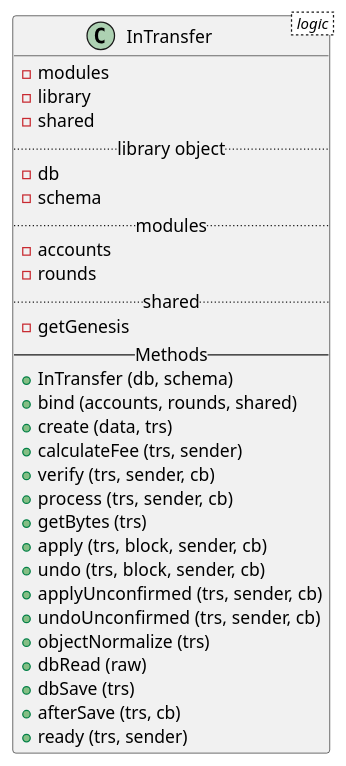
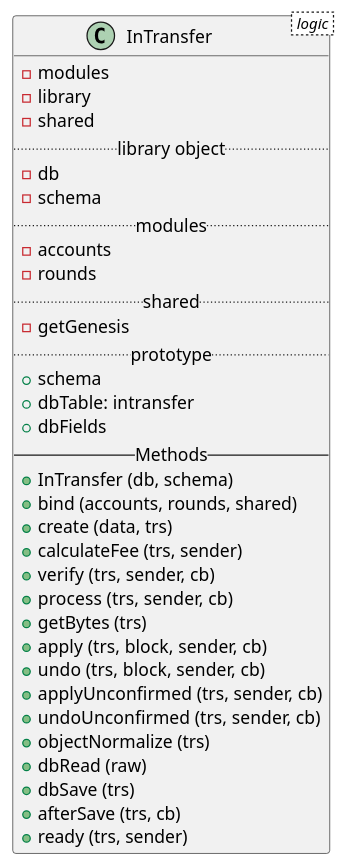
Before and after one commit to LucasIsasmendi/lisk-core-plantuml: the diagram in class/classes/logic/inTransfer.puml, drawn with PlantUML. The commit also changed 14 other files, not shown here.

```diff
--- a/class/classes/logic/inTransfer.puml
+++ b/class/classes/logic/inTransfer.puml
@@ -1,32 +1,36 @@
 @startuml
 class InTransfer < logic > {
   - modules
   - library
   - shared
   .. library object ..
   - db
   - schema
   .. modules ..
   - accounts
   - rounds
   .. shared ..
   - getGenesis
+  .. prototype ..
+  + schema
+  + dbTable: intransfer
+  + dbFields
   -- Methods --
   + InTransfer (db, schema)
   + bind (accounts, rounds, shared)
   + create (data, trs)
   + calculateFee (trs, sender)
   + verify (trs, sender, cb)
   + process (trs, sender, cb)
   + getBytes (trs)
   + apply (trs, block, sender, cb)
   + undo (trs, block, sender, cb)
   + applyUnconfirmed (trs, sender, cb)
   + undoUnconfirmed (trs, sender, cb)
   + objectNormalize (trs)
   + dbRead (raw)
   + dbSave (trs)
   + afterSave (trs, cb)
   + ready (trs, sender)
 }
 @endtuml
```
